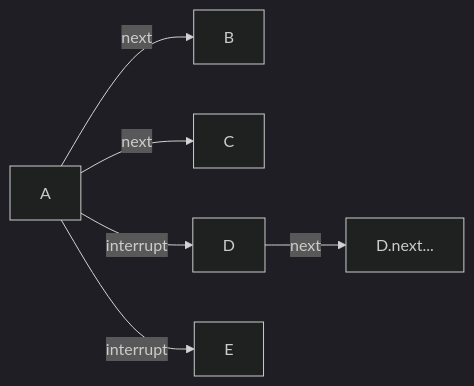
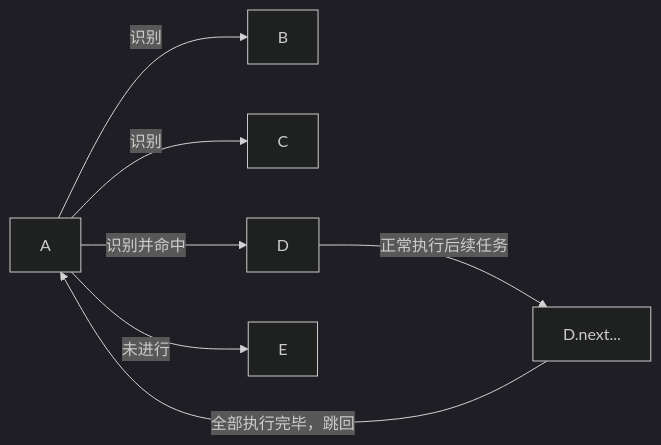
One commit to MaaXYZ/MaaFramework changed the third of 4 diagrams in docs/zh_cn/3.1-任务流水线协议.md. Above: the diagram before and after it, drawn with Mermaid (dark theme). The commit also changed other lines of this file and 14 other files, not shown here.

````diff
--- a/docs/zh_cn/3.1-任务流水线协议.md
+++ b/docs/zh_cn/3.1-任务流水线协议.md
@@ -160,8 +164,9 @@
     ```mermaid
     graph LR
-        A -->|next| B
-        A -->|next| C
-        A -->|interrupt| D
-        A -->|interrupt| E
-        D -->|next| D.next...
+        A -->|识别| B
+        A -->|识别| C
+        A -->|识别并命中| D
+        A -->|未进行| E
+        D -->|正常执行后续任务| F[D.next...]
+        F -->|全部执行完毕，跳回| A
     ```
````
